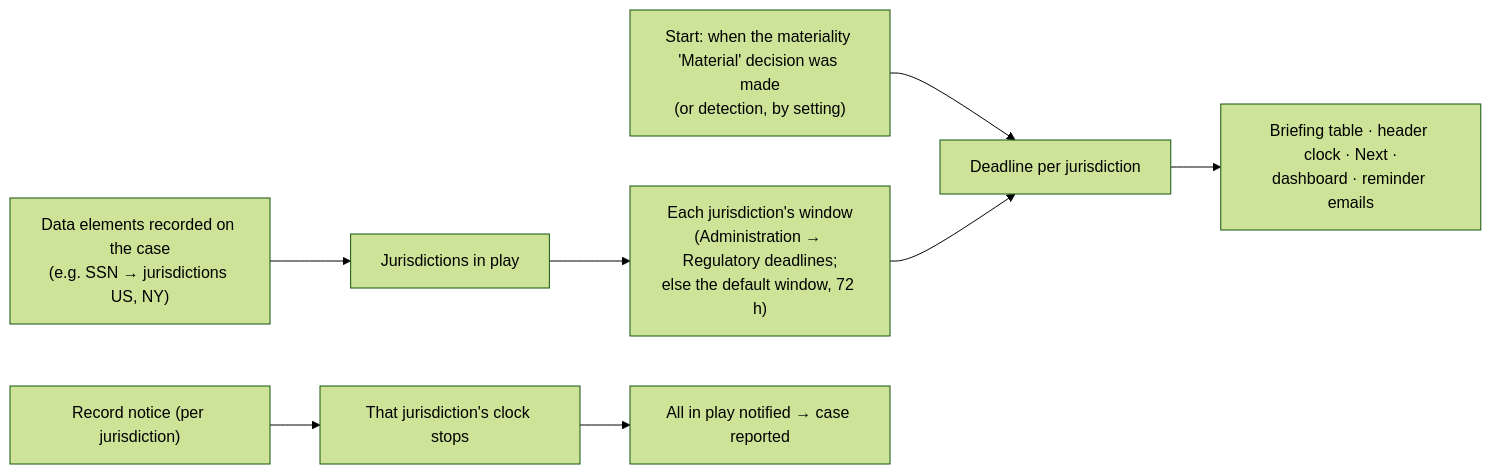
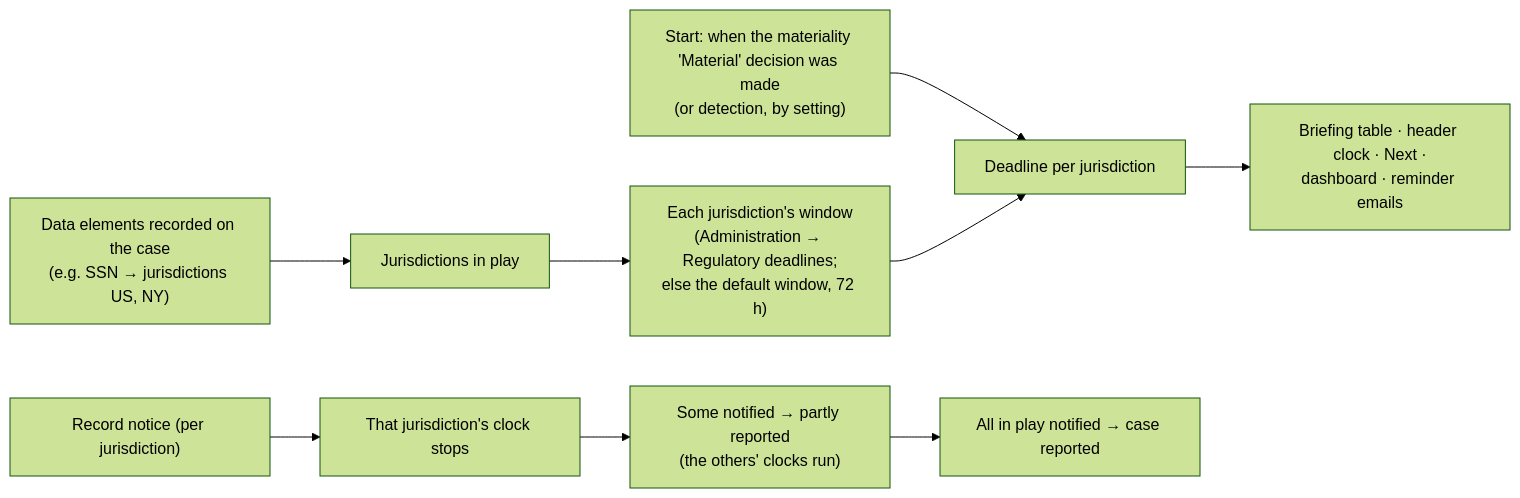
The first of 2 diagrams in docs/workflows/governance.md (jashley92/CaseBook), drawn with Mermaid (forest theme) before and after one commit. The commit also changed other lines of this file and 30 other files, not shown here.

````diff
--- a/docs/workflows/governance.md
+++ b/docs/workflows/governance.md
@@ -102,10 +102,11 @@
 ```mermaid
 flowchart LR
     DE["Data elements recorded on the case<br/>(e.g. SSN → jurisdictions US, NY)"] --> J["Jurisdictions in play"]
     J --> R["Each jurisdiction's window<br/>(Administration → Regulatory deadlines;<br/>else the default window, 72 h)"]
     S["Start: when the materiality 'Material' decision was made<br/>(or detection, by setting)"] --> D["Deadline per jurisdiction"]
     R --> D
     D --> UI["Briefing table · header clock · Next ·<br/>dashboard · reminder emails"]
     N["Record notice (per jurisdiction)"] --> Stop["That jurisdiction's clock stops"]
-    Stop --> All["All in play notified → case reported"]
+    Stop --> Part["Some notified → partly reported<br/>(the others' clocks run)"]
+    Part --> All["All in play notified → case reported"]
 ```
````
